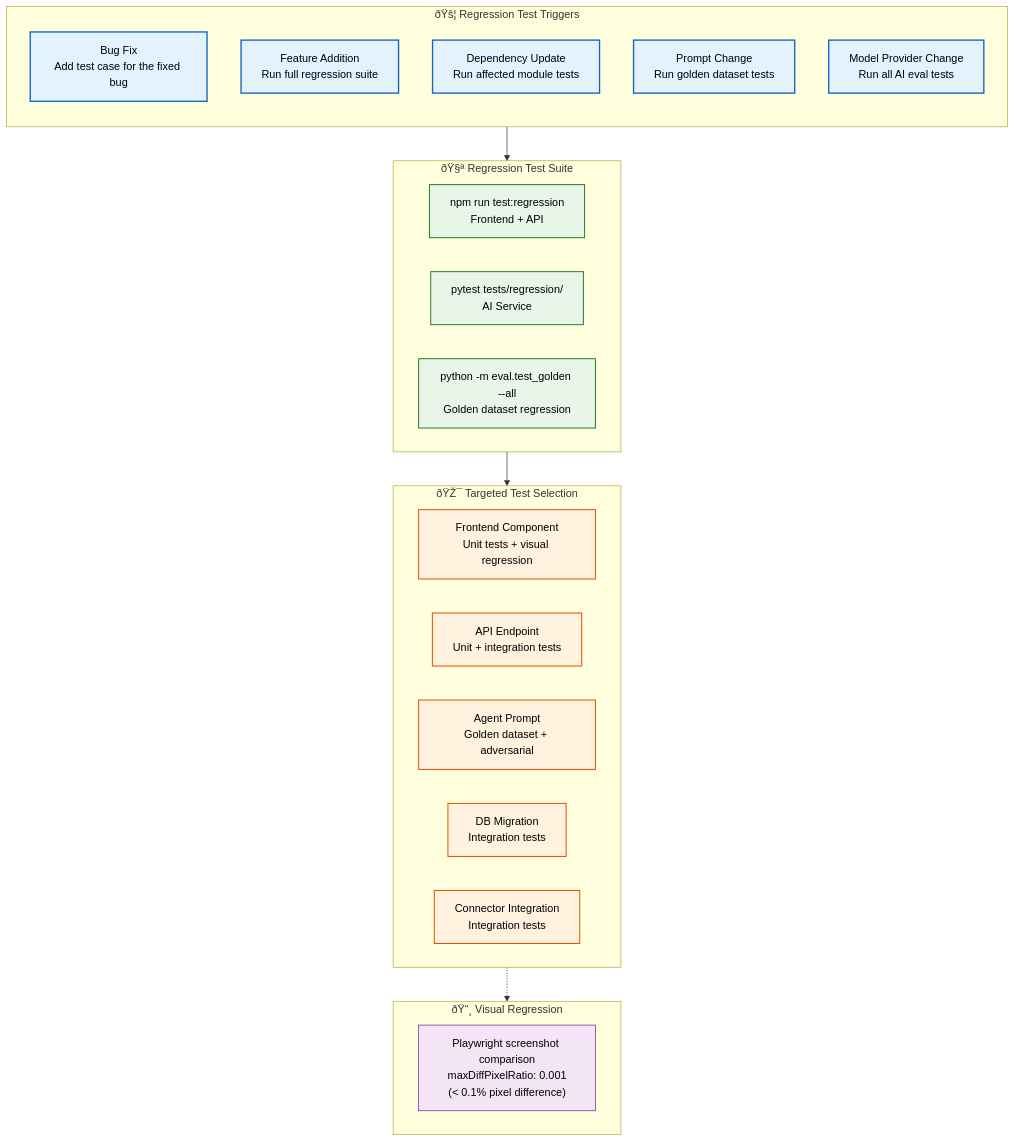
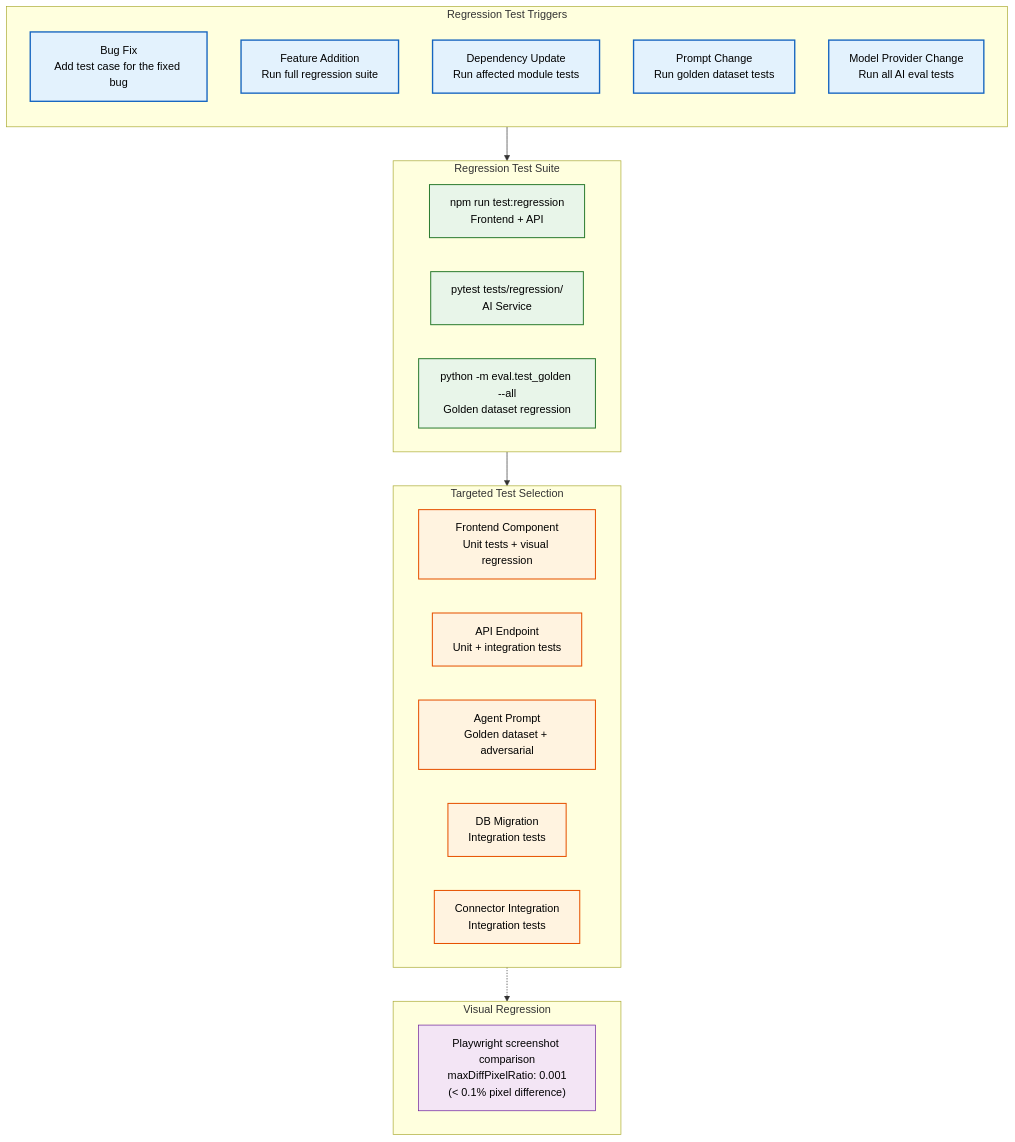
Before and after one commit to Driftloom/Vaeloom: the first of 2 diagrams in docs/testing/Regression-Testing.md, drawn with Mermaid. The commit also changed other lines of this file and 694 other files, not shown here.

First line of the commit message:
docs: mermaid standardization — encoding/mermaid/duplicate cleanup

````diff
--- a/docs/testing/Regression-Testing.md
+++ b/docs/testing/Regression-Testing.md
@@ -8,42 +8,42 @@
 ```mermaid
 graph TD
-    classDef trigger fill:#e3f2fd,stroke:#1565c0,color:#000,stroke-width:2px
-    classDef suite fill:#e8f5e9,stroke:#2e7d32,color:#000,stroke-width:1.5px
-    classDef select fill:#fff3e0,stroke:#e65100,color:#000,stroke-width:1.5px
-    classDef visual fill:#f3e5f5,stroke:#6a1b9a,color:#000,stroke-width:1px
+ classDef trigger fill:#e3f2fd,stroke:#1565c0,color:#000,stroke-width:2px
+ classDef suite fill:#e8f5e9,stroke:#2e7d32,color:#000,stroke-width:1.5px
+ classDef select fill:#fff3e0,stroke:#e65100,color:#000,stroke-width:1.5px
+ classDef visual fill:#f3e5f5,stroke:#6a1b9a,color:#000,stroke-width:1px
 
-    subgraph Triggers["ðŸš¦ Regression Test Triggers"]
-        direction TB
-        R1["Bug Fix<br/>Add test case for the fixed bug"]
-        R2["Feature Addition<br/>Run full regression suite"]
-        R3["Dependency Update<br/>Run affected module tests"]
-        R4["Prompt Change<br/>Run golden dataset tests"]
-        R5["Model Provider Change<br/>Run all AI eval tests"]
-    end
+ subgraph Triggers["Regression Test Triggers"]
+ direction TB
+ R1["Bug Fix<br/>Add test case for the fixed bug"]
+ R2["Feature Addition<br/>Run full regression suite"]
+ R3["Dependency Update<br/>Run affected module tests"]
+ R4["Prompt Change<br/>Run golden dataset tests"]
+ R5["Model Provider Change<br/>Run all AI eval tests"]
+ end
 
-    subgraph Suite["ðŸ§ª Regression Test Suite"]
-        S1["npm run test:regression<br/>Frontend + API"]
-        S2["pytest tests/regression/<br/>AI Service"]
-        S3["python -m eval.test_golden --all<br/>Golden dataset regression"]
-    end
+ subgraph Suite["Regression Test Suite"]
+ S1["npm run test:regression<br/>Frontend + API"]
+ S2["pytest tests/regression/<br/>AI Service"]
+ S3["python -m eval.test_golden --all<br/>Golden dataset regression"]
+ end
 
-    subgraph Selection["ðŸŽ¯ Targeted Test Selection"]
-        T1["Frontend Component<br/>Unit tests + visual regression"]
-        T2["API Endpoint<br/>Unit + integration tests"]
-        T3["Agent Prompt<br/>Golden dataset + adversarial"]
-        T4["DB Migration<br/>Integration tests"]
-        T5["Connector Integration<br/>Integration tests"]
-    end
+ subgraph Selection["Targeted Test Selection"]
+ T1["Frontend Component<br/>Unit tests + visual regression"]
+ T2["API Endpoint<br/>Unit + integration tests"]
+ T3["Agent Prompt<br/>Golden dataset + adversarial"]
+ T4["DB Migration<br/>Integration tests"]
+ T5["Connector Integration<br/>Integration tests"]
+ end
 
-    subgraph Visual["ðŸ“¸ Visual Regression"]
-        V1["Playwright screenshot comparison<br/>maxDiffPixelRatio: 0.001<br/>(< 0.1% pixel difference)"]
-    end
+ subgraph Visual["Visual Regression"]
+ V1["Playwright screenshot comparison<br/>maxDiffPixelRatio: 0.001<br/>(< 0.1% pixel difference)"]
+ end
 
-    Triggers --> Suite --> Selection
-    Selection -.-> Visual
+ Triggers--> Suite--> Selection
+ Selection -.-> Visual
 
-    class R1,R2,R3,R4,R5 trigger
-    class S1,S2,S3 suite
-    class T1,T2,T3,T4,T5 select
-    class V1 visual
+ class R1,R2,R3,R4,R5 trigger
+ class S1,S2,S3 suite
+ class T1,T2,T3,T4,T5 select
+ class V1 visual
 ```
````
